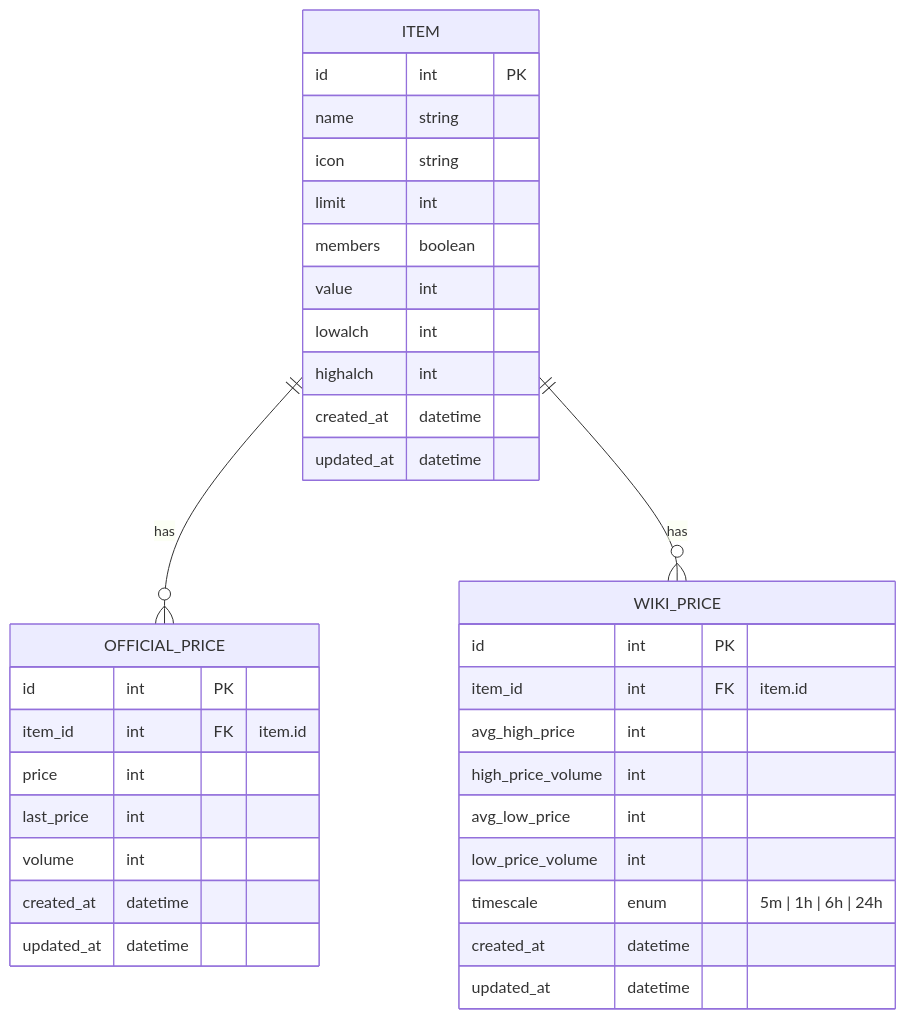
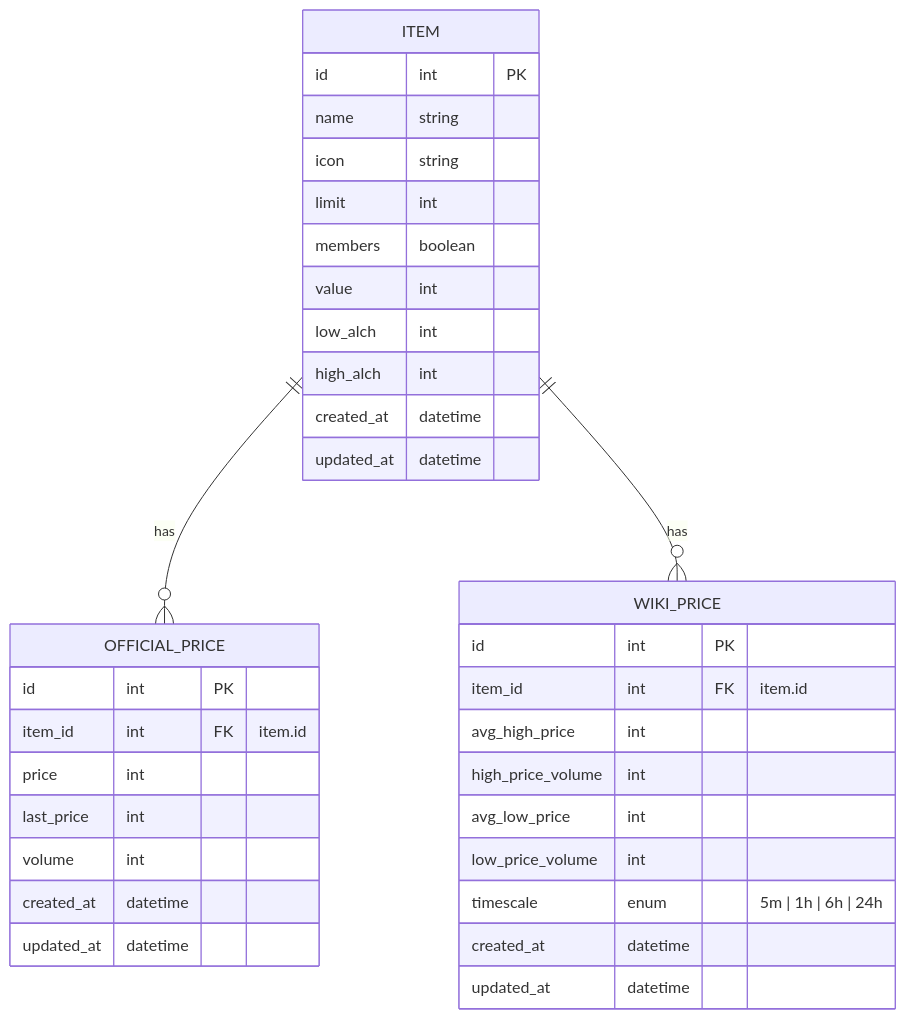
One commit to EwbiDev/osrs-price-tracker changed the diagram in ERD.md. Above: the diagram before and after it, drawn with Mermaid.

Commit message:
docs: consistent casing

````diff
--- a/ERD.md
+++ b/ERD.md
@@ -3,44 +3,44 @@
 ```mermaid
 erDiagram
     ITEM ||--o{ OFFICIAL_PRICE : has
     ITEM ||--o{ WIKI_PRICE : has
 
     ITEM {
         id int PK
         name string
         icon string
         limit int
         members boolean
         value int
-        lowalch int
-        highalch int
+        low_alch int
+        high_alch int
 
         created_at datetime
         updated_at datetime
     }
 
     OFFICIAL_PRICE {
         id int PK
         item_id int FK "item.id"
         price int
         last_price int
         volume int
 
         created_at datetime
         updated_at datetime
     }
 
     WIKI_PRICE {
         id int PK
         item_id int FK "item.id"
         avg_high_price int
         high_price_volume int
         avg_low_price int
         low_price_volume int
         timescale enum "5m | 1h | 6h | 24h"
 
         created_at datetime
         updated_at datetime
     }
 
 ```
````
